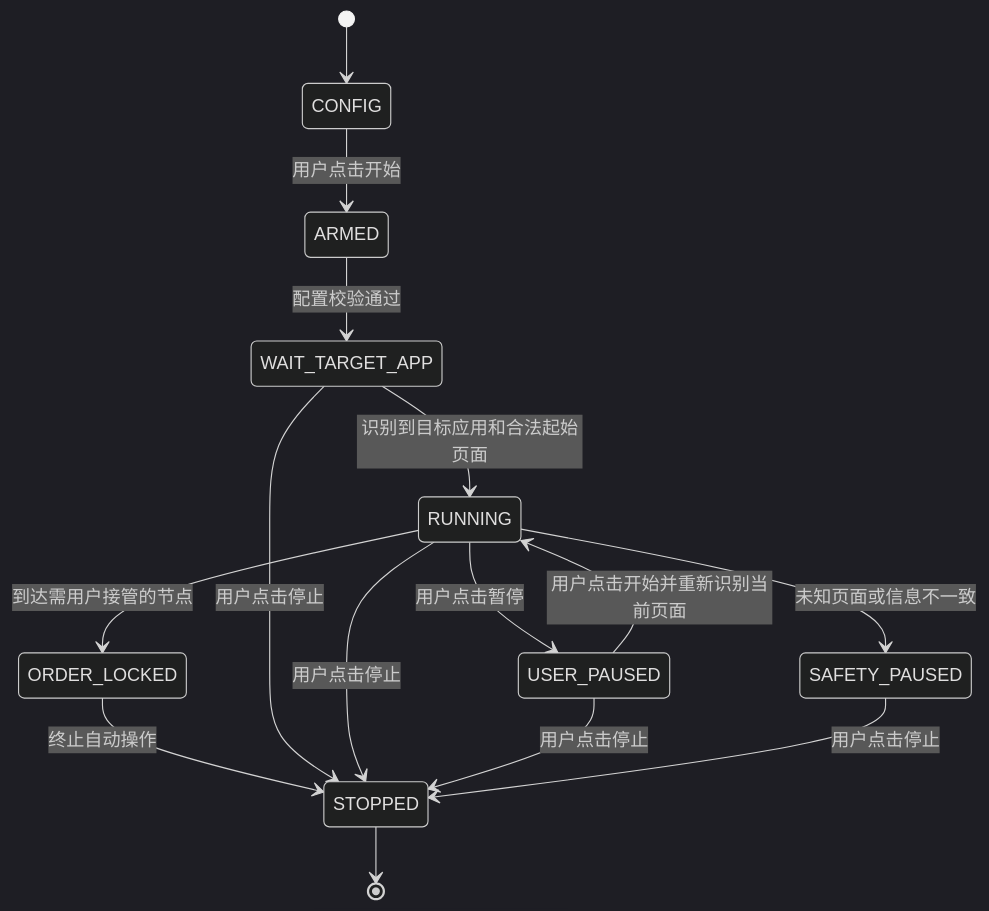
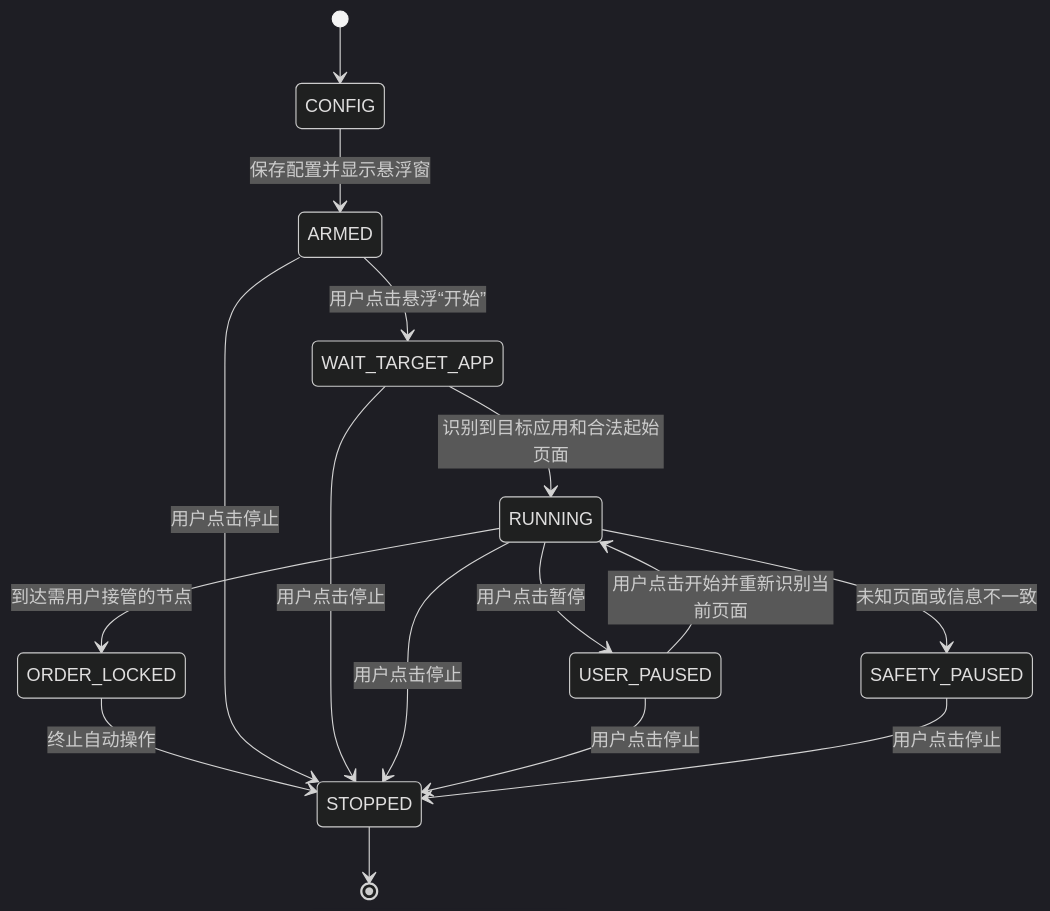
One commit to MaoTuan666/DaMai changed the second of 2 diagrams in android-app/docs/技术方案.md. Above: the diagram before and after it, drawn with Mermaid (dark theme). The commit also changed other lines of this file and 32 other files, not shown here.

````diff
--- a/android-app/docs/技术方案.md
+++ b/android-app/docs/技术方案.md
@@ -167,17 +167,18 @@
 ```mermaid
 stateDiagram-v2
     [*] --> CONFIG
-    CONFIG --> ARMED: 用户点击开始
-    ARMED --> WAIT_TARGET_APP: 配置校验通过
+    CONFIG --> ARMED: 保存配置并显示悬浮窗
+    ARMED --> WAIT_TARGET_APP: 用户点击悬浮“开始”
     WAIT_TARGET_APP --> RUNNING: 识别到目标应用和合法起始页面
     RUNNING --> USER_PAUSED: 用户点击暂停
     USER_PAUSED --> RUNNING: 用户点击开始并重新识别当前页面
     RUNNING --> SAFETY_PAUSED: 未知页面或信息不一致
     RUNNING --> ORDER_LOCKED: 到达需用户接管的节点
     ORDER_LOCKED --> STOPPED: 终止自动操作
+    ARMED --> STOPPED: 用户点击停止
     WAIT_TARGET_APP --> STOPPED: 用户点击停止
     RUNNING --> STOPPED: 用户点击停止
     USER_PAUSED --> STOPPED: 用户点击停止
     SAFETY_PAUSED --> STOPPED: 用户点击停止
     STOPPED --> [*]
 ```
````
